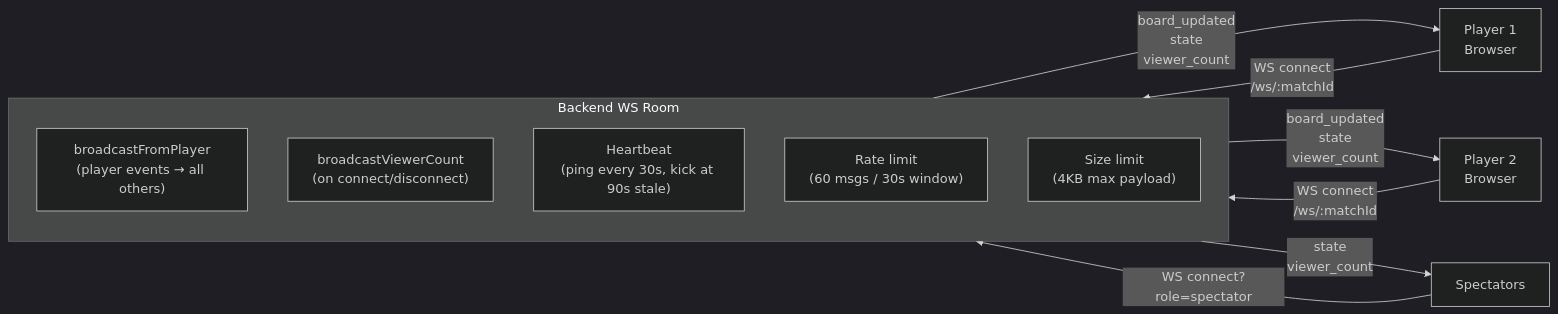
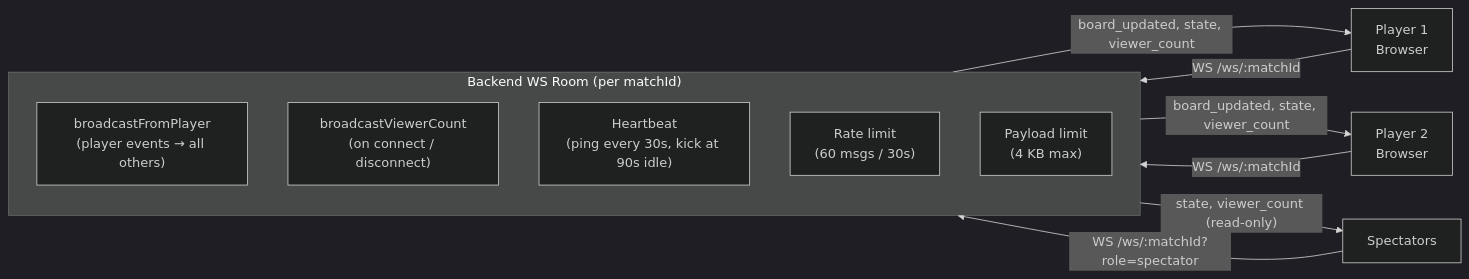
One commit to im-f-nuel/MinDDuel changed the fourth of 4 diagrams in docs/ARCHITECTURE.md. Above: the diagram before and after it, drawn with Mermaid (dark theme). The commit also changed other lines of this file and 6 other files, not shown here.

````diff
--- a/docs/ARCHITECTURE.md
+++ b/docs/ARCHITECTURE.md
@@ -296,19 +288,19 @@
 ```mermaid
 flowchart LR
-    P1["Player 1\nBrowser"] -->|"WS connect\n/ws/:matchId"| ROOM
-    P2["Player 2\nBrowser"] -->|"WS connect\n/ws/:matchId"| ROOM
-    SP["Spectators"] -->|"WS connect?role=spectator"| ROOM
+    P1["Player 1\nBrowser"] -->|"WS /ws/:matchId"| ROOM
+    P2["Player 2\nBrowser"] -->|"WS /ws/:matchId"| ROOM
+    SP["Spectators"] -->|"WS /ws/:matchId?role=spectator"| ROOM
 
-    subgraph ROOM["Backend WS Room"]
+    subgraph ROOM["Backend WS Room (per matchId)"]
         direction TB
         BRD["broadcastFromPlayer\n(player events → all others)"]
-        BTV["broadcastViewerCount\n(on connect/disconnect)"]
-        HB["Heartbeat\n(ping every 30s, kick at 90s stale)"]
-        RL["Rate limit\n(60 msgs / 30s window)"]
-        SZ["Size limit\n(4KB max payload)"]
+        BTV["broadcastViewerCount\n(on connect / disconnect)"]
+        HB["Heartbeat\n(ping every 30s, kick at 90s idle)"]
+        RL["Rate limit\n(60 msgs / 30s)"]
+        SZ["Payload limit\n(4 KB max)"]
     end
 
-    ROOM -->|"board_updated\nstate\nviewer_count"| P1
-    ROOM -->|"board_updated\nstate\nviewer_count"| P2
-    ROOM -->|"state\nviewer_count"| SP
+    ROOM -->|"board_updated, state, viewer_count"| P1
+    ROOM -->|"board_updated, state, viewer_count"| P2
+    ROOM -->|"state, viewer_count (read-only)"| SP
 ```
````
